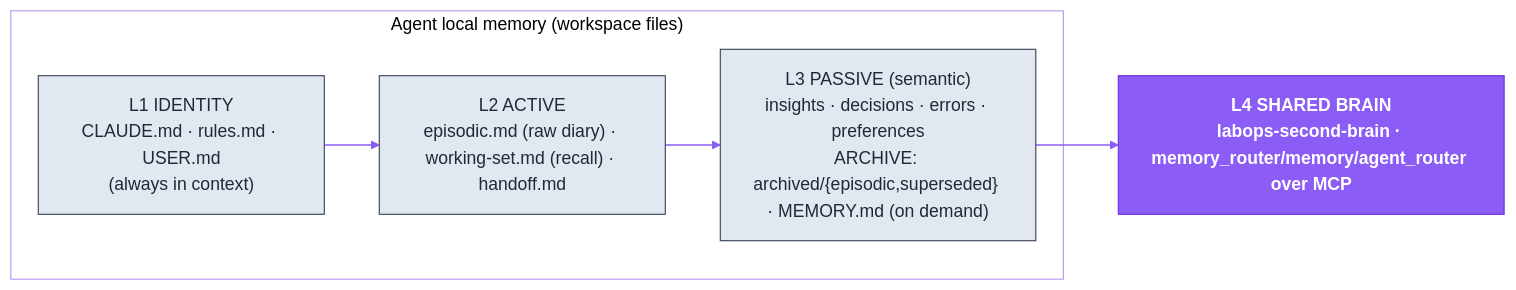
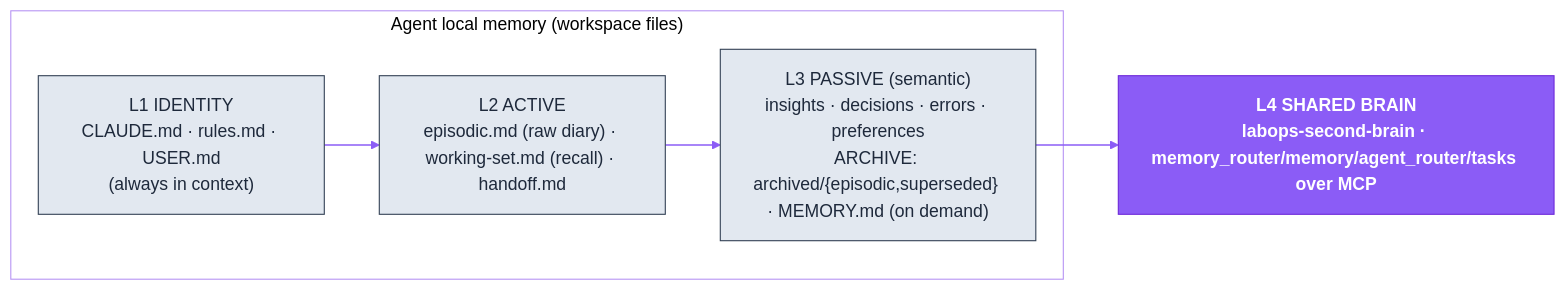
The third of 4 diagrams in agent-architecture/README.md (dediukhinpa/labops-ai-assistant), drawn with Mermaid before and after one commit. The commit also changed other lines of this file and 11 other files, not shown here.

````diff
--- a/agent-architecture/README.md
+++ b/agent-architecture/README.md
@@ -208,18 +208,18 @@
 ```mermaid
 %%{init: {'theme':'base','themeVariables':{'primaryColor':'#EDE9FE','primaryTextColor':'#4C1D95','primaryBorderColor':'#8B5CF6','lineColor':'#8B5CF6','secondaryColor':'#F1F5F9','tertiaryColor':'#ffffff','clusterBkg':'transparent','clusterBorder':'#B794F4','fontFamily':'Helvetica,Arial,sans-serif'}}}%%
 flowchart LR
   subgraph local["Agent local memory (workspace files)"]
     L1["L1 IDENTITY<br/>CLAUDE.md · rules.md · USER.md<br/>(always in context)"]
     L2["L2 ACTIVE<br/>episodic.md (raw diary) · working-set.md (recall) · handoff.md"]
     L3["L3 PASSIVE (semantic)<br/>insights · decisions · errors · preferences<br/>ARCHIVE: archived/{episodic,superseded} · MEMORY.md (on demand)"]
   end
-  L4["L4 SHARED BRAIN<br/>labops-second-brain · memory_router/memory/agent_router over MCP"]
+  L4["L4 SHARED BRAIN<br/>labops-second-brain · memory_router/memory/agent_router/tasks over MCP"]
   L1 --> L2 --> L3 --> L4
   classDef brand fill:#8B5CF6,stroke:#6D28D9,color:#ffffff,font-weight:bold
   classDef ext fill:#CCFBF1,stroke:#0D9488,color:#0F766E
   classDef store fill:#FEF3C7,stroke:#D97706,color:#92400E
   classDef sys fill:#E2E8F0,stroke:#334155,color:#1E293B
   linkStyle default stroke:#8B5CF6,stroke-width:1.5px
   class L4 brand
   class L1,L2,L3 sys
 ```
````
